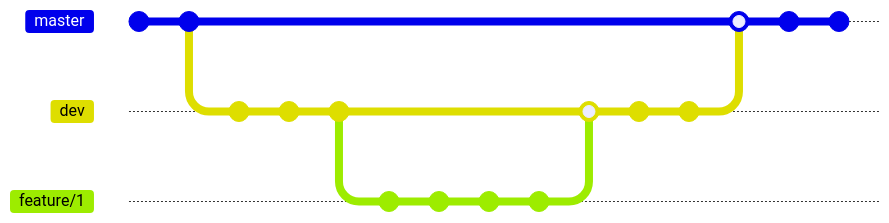
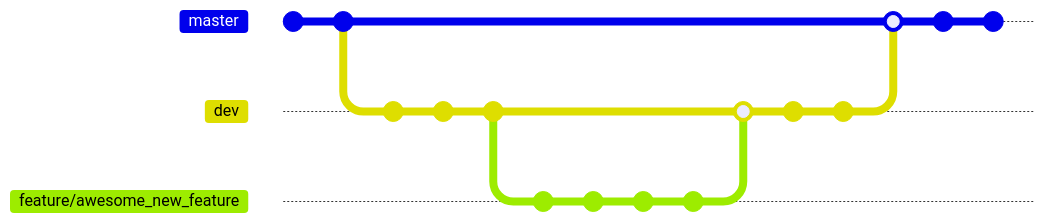
Before and after one commit to PellelNitram/xournalpp_htr: the diagram in README.md, drawn with Mermaid. The commit also changed other lines of this file, not shown here. Commit ids are hidden.

````diff
--- a/README.md
+++ b/README.md
@@ -129,25 +125,25 @@
 ```mermaid
 %%{init:{  "gitGraph":{ "mainBranchName":"master" }}}%%
 gitGraph
     commit
     commit
     branch dev
     commit
     checkout dev
     commit
     commit
-    branch feature/1
+    branch feature/awesome_new_feature
     commit
-    checkout feature/1
+    checkout feature/awesome_new_feature
     commit
     commit
     commit
     checkout dev
-    merge feature/1
+    merge feature/awesome_new_feature
     commit
     commit
     checkout master
     merge dev
     commit
     commit
 ```
````
